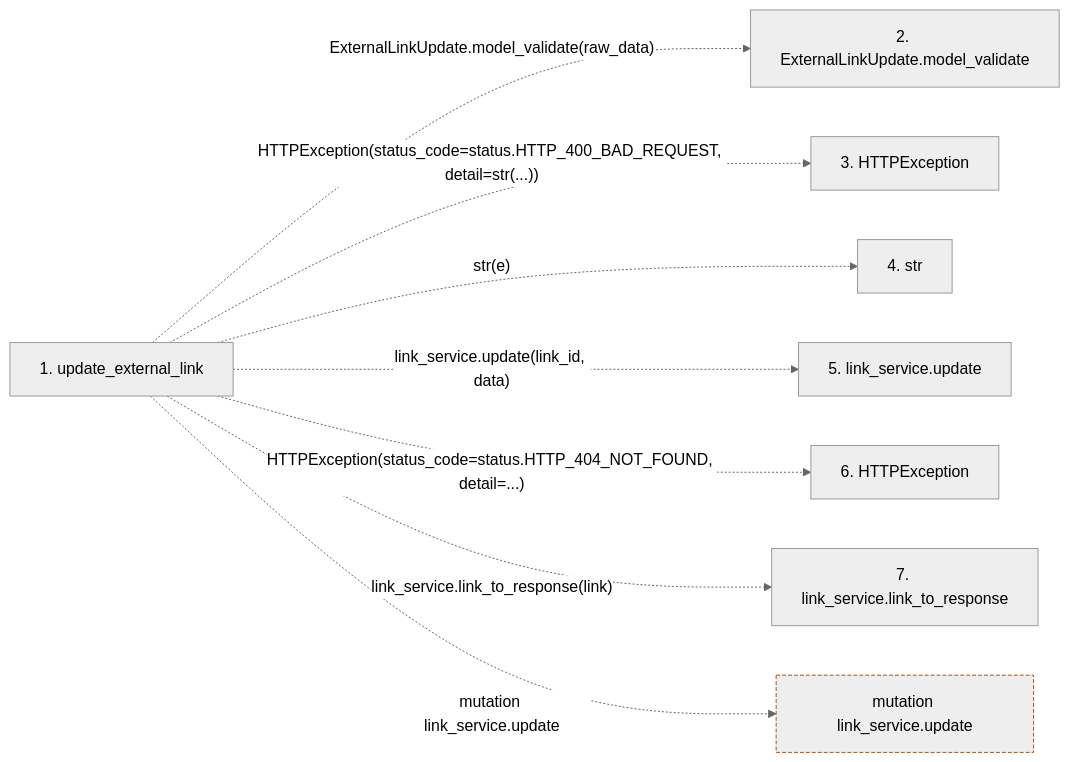
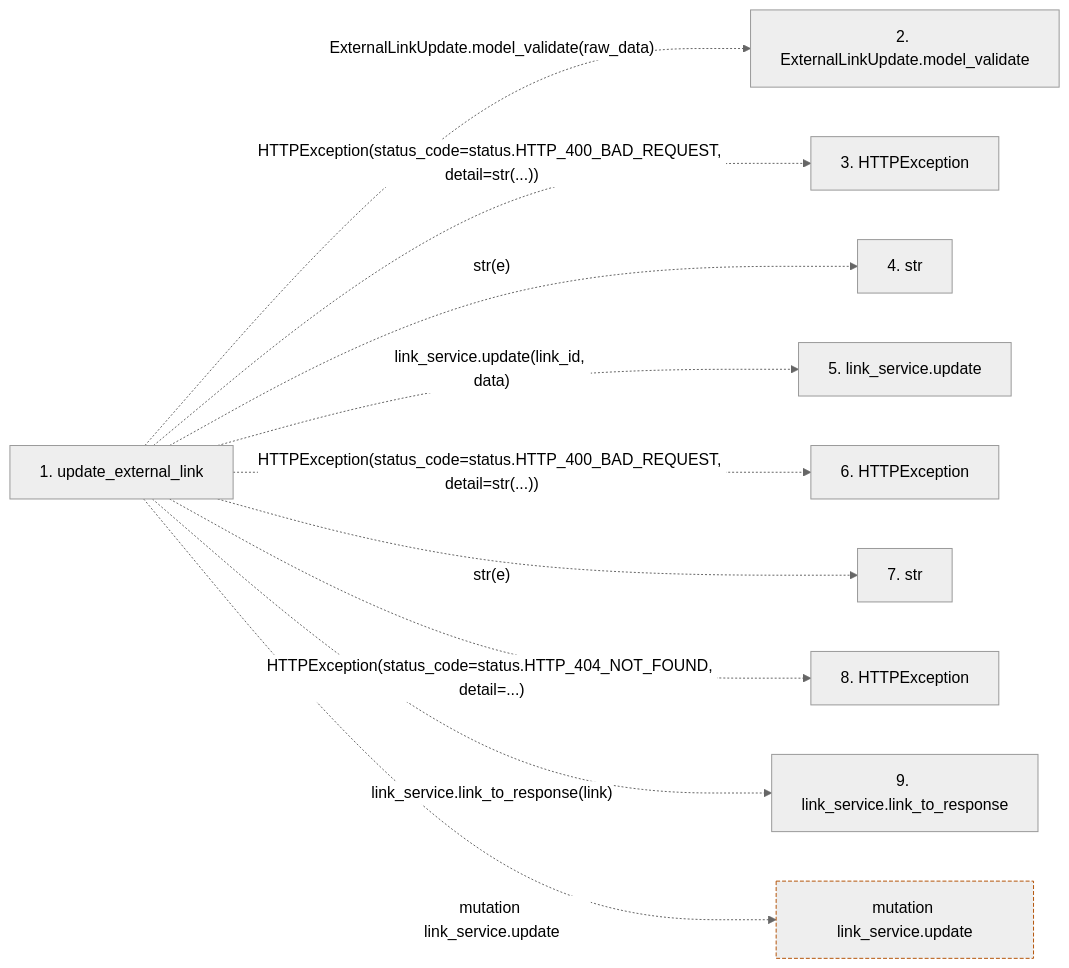
The second of 2 diagrams in docs/llm_wiki/flows/http-update_external_link.md (Denissvgn/WorkChord), drawn with Mermaid (neutral theme) before and after one commit. The commit also changed other lines of this file and 754 other files, not shown here.

````diff
--- a/docs/llm_wiki/flows/http-update_external_link.md
+++ b/docs/llm_wiki/flows/http-update_external_link.md
@@ -45,21 +47,25 @@
 ```mermaid
 flowchart LR
     s1["1. update_external_link"]
     s2["2. ExternalLinkUpdate.model_validate"]
     s3["3. HTTPException"]
     s4["4. str"]
     s5["5. link_service.update"]
     s6["6. HTTPException"]
-    s7["7. link_service.link_to_response"]
+    s7["7. str"]
+    s8["8. HTTPException"]
+    s9["9. link_service.link_to_response"]
     s1 -. "ExternalLinkUpdate.model_validate(raw_data)" .-> s2
     s1 -. "HTTPException(status_code=status.HTTP_400_BAD_REQUEST, detail=str(...))" .-> s3
     s1 -. "str(e)" .-> s4
     s1 -. "link_service.update(link_id, data)" .-> s5
-    s1 -. "HTTPException(status_code=status.HTTP_404_NOT_FOUND, detail=...)" .-> s6
-    s1 -. "link_service.link_to_response(link)" .-> s7
+    s1 -. "HTTPException(status_code=status.HTTP_400_BAD_REQUEST, detail=str(...))" .-> s6
+    s1 -. "str(e)" .-> s7
+    s1 -. "HTTPException(status_code=status.HTTP_404_NOT_FOUND, detail=...)" .-> s8
+    s1 -. "link_service.link_to_response(link)" .-> s9
     b0["mutation link_service.update"]
     s1 -. "mutation link_service.update" .-> b0
     click s1 "../modules/tasks.md"
     classDef boundary stroke:#b45309,stroke-dasharray: 4 2
     class b0 boundary
 ```
````
